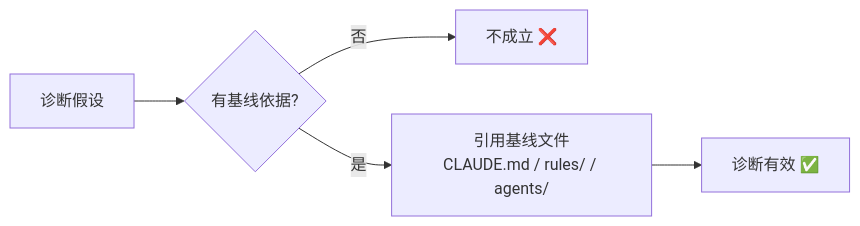
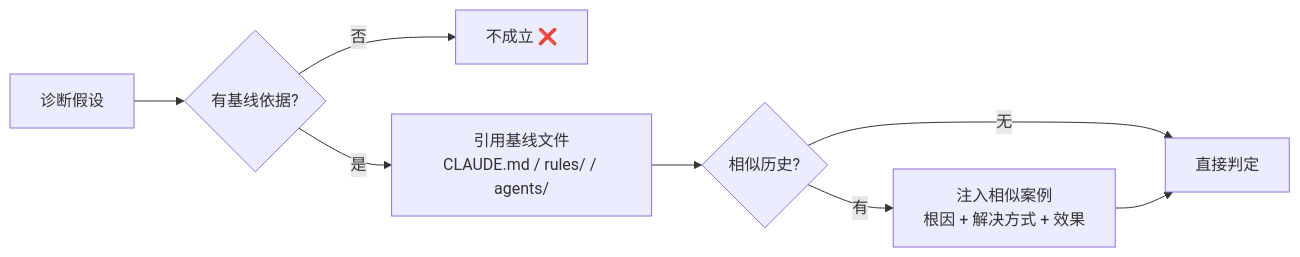
One commit to effiy/YrY changed the fifth of 14 diagrams in rules/self-improve.md. Above: the diagram before and after it, drawn with Mermaid. The commit also changed other lines of this file and 4 other files, not shown here.

````diff
--- a/rules/self-improve.md
+++ b/rules/self-improve.md
@@ -74,8 +136,11 @@
 ```mermaid
 flowchart LR
     HYP["诊断假设"]:::src --> Q{"有基线依据?"}
     Q -->|"否"| REJ["不成立 ❌"]:::block
     Q -->|"是"| REF["引用基线文件<br/>CLAUDE.md / rules/ / agents/"]:::ok
-    REF --> DIAG["诊断有效 ✅"]:::ok
+    REF --> RET{"相似历史?"}
+    RET -->|"有"| INJECT["注入相似案例<br/>根因 + 解决方式 + 效果"]:::inj
+    RET -->|"无"| DIAG["直接判定"]:::ok
+    INJECT --> DIAG
 
 ```
````
